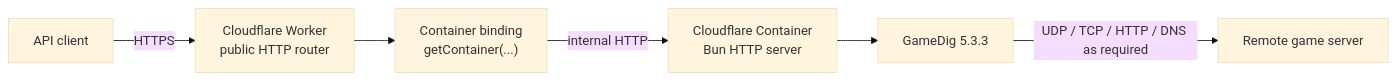
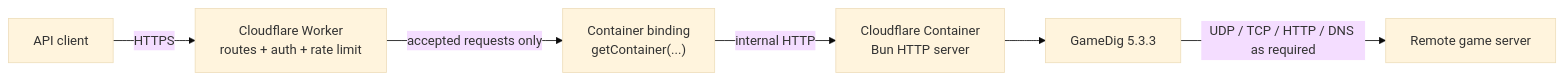
The first of 2 diagrams in README.md (mynameistito/cf-gamedig), drawn with Mermaid (base theme) before and after one commit. The commit also changed other lines of this file and 4 other files, not shown here.

Commit message:
Add Worker authentication and rate limiting

````diff
--- a/README.md
+++ b/README.md
@@ -25,15 +27,15 @@
 ```mermaid
 flowchart LR
     Client["API client"]
-    Worker["Cloudflare Worker<br/>public HTTP router"]
+    Worker["Cloudflare Worker<br/>routes + auth + rate limit"]
     Binding["Container binding<br/>getContainer(...)"]
     Container["Cloudflare Container<br/>Bun HTTP server"]
     GameDig["GameDig 5.3.3"]
     GameServer["Remote game server"]
 
     Client -->|HTTPS| Worker
-    Worker --> Binding
+    Worker -->|accepted requests only| Binding
     Binding -->|internal HTTP| Container
     Container --> GameDig
     GameDig -->|UDP / TCP / HTTP / DNS as required| GameServer
 ```
````
